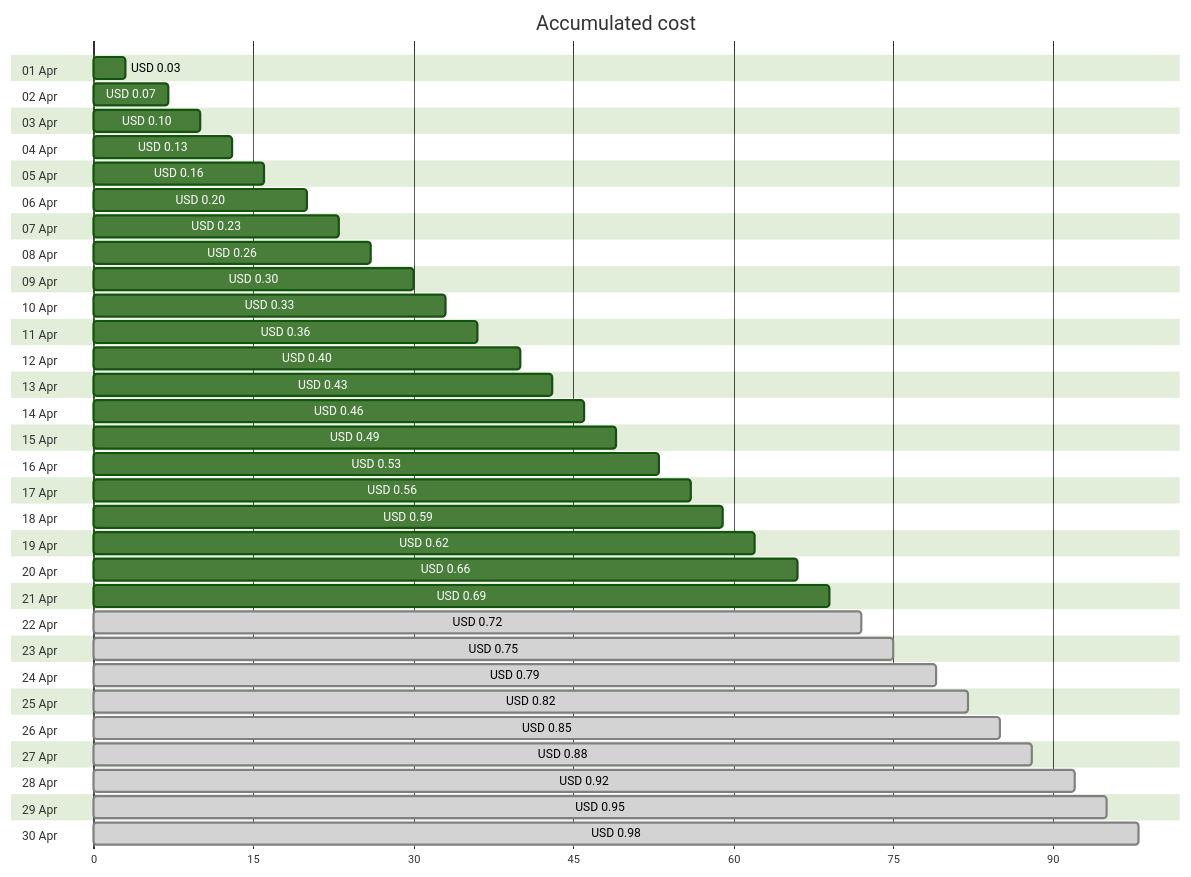
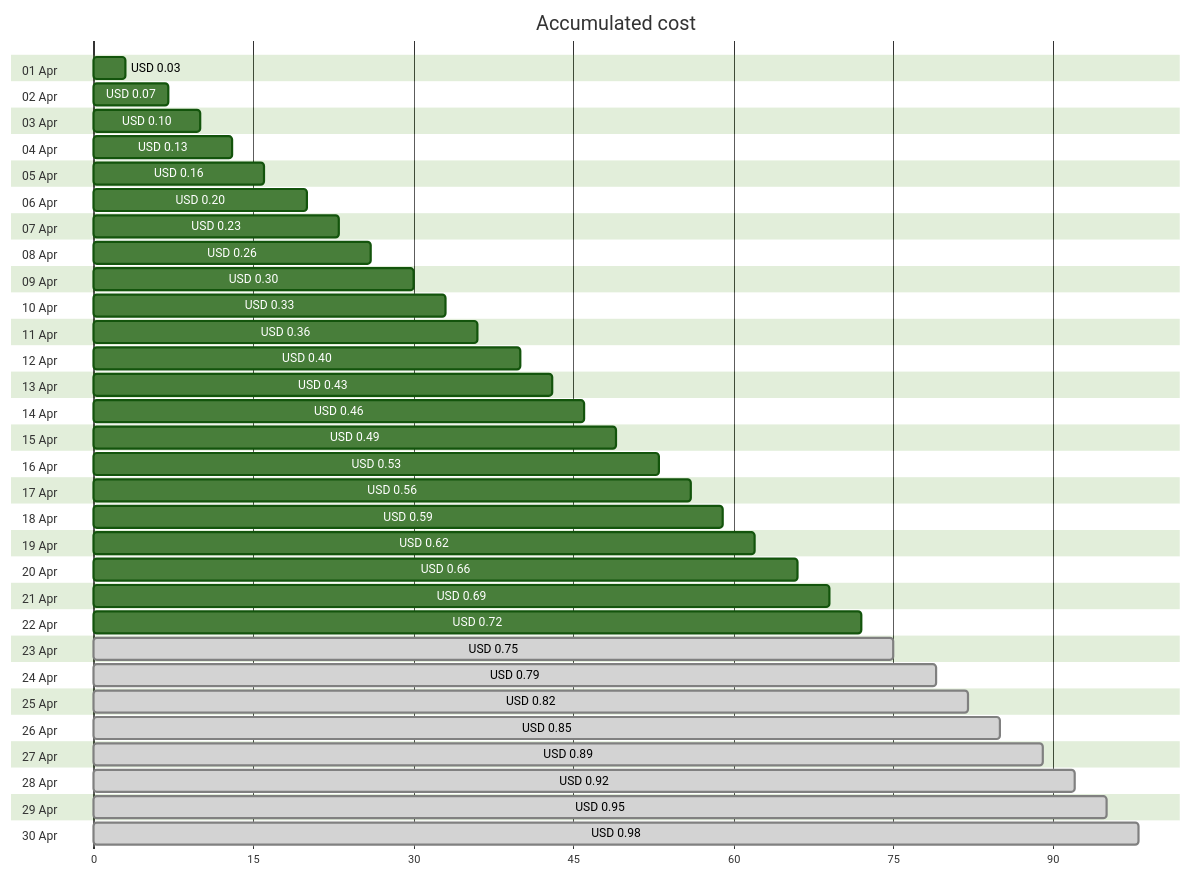
One commit to jpfulton/azure-personal-reports changed the first of 4 diagrams in cost-reports/personal-dns/README.md. Above: the diagram before and after it, drawn with Mermaid (forest theme). The commit also changed other lines of this file and 2 other files, not shown here.

````diff
--- a/cost-reports/personal-dns/README.md
+++ b/cost-reports/personal-dns/README.md
@@ -20,66 +20,66 @@
 ```mermaid
 gantt
    title Accumulated cost
    dateFormat  X
    axisFormat %s
    section 01 Apr
    USD 0.03 :0, 3
    section 02 Apr
    USD 0.07 :0, 7
    section 03 Apr
    USD 0.10 :0, 10
    section 04 Apr
    USD 0.13 :0, 13
    section 05 Apr
    USD 0.16 :0, 16
    section 06 Apr
    USD 0.20 :0, 20
    section 07 Apr
    USD 0.23 :0, 23
    section 08 Apr
    USD 0.26 :0, 26
    section 09 Apr
    USD 0.30 :0, 30
    section 10 Apr
    USD 0.33 :0, 33
    section 11 Apr
    USD 0.36 :0, 36
    section 12 Apr
    USD 0.40 :0, 40
    section 13 Apr
    USD 0.43 :0, 43
    section 14 Apr
    USD 0.46 :0, 46
    section 15 Apr
    USD 0.49 :0, 49
    section 16 Apr
    USD 0.53 :0, 53
    section 17 Apr
    USD 0.56 :0, 56
    section 18 Apr
    USD 0.59 :0, 59
    section 19 Apr
    USD 0.62 :0, 62
    section 20 Apr
    USD 0.66 :0, 66
    section 21 Apr
    USD 0.69 :0, 69
    section 22 Apr
-   USD 0.72 : done, 0, 72
+   USD 0.72 :0, 72
    section 23 Apr
    USD 0.75 : done, 0, 75
    section 24 Apr
    USD 0.79 : done, 0, 79
    section 25 Apr
    USD 0.82 : done, 0, 82
    section 26 Apr
    USD 0.85 : done, 0, 85
    section 27 Apr
-   USD 0.88 : done, 0, 88
+   USD 0.89 : done, 0, 89
    section 28 Apr
    USD 0.92 : done, 0, 92
    section 29 Apr
    USD 0.95 : done, 0, 95
    section 30 Apr
    USD 0.98 : done, 0, 98
 ```
````
